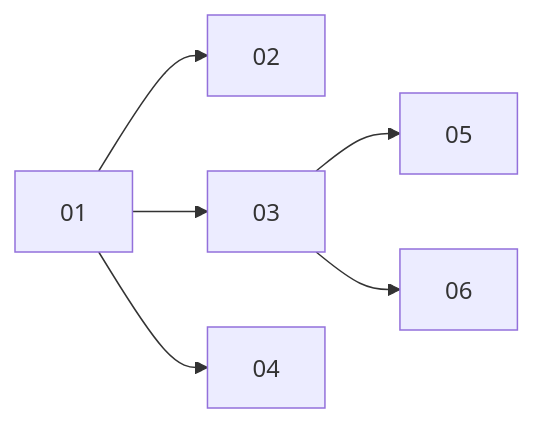
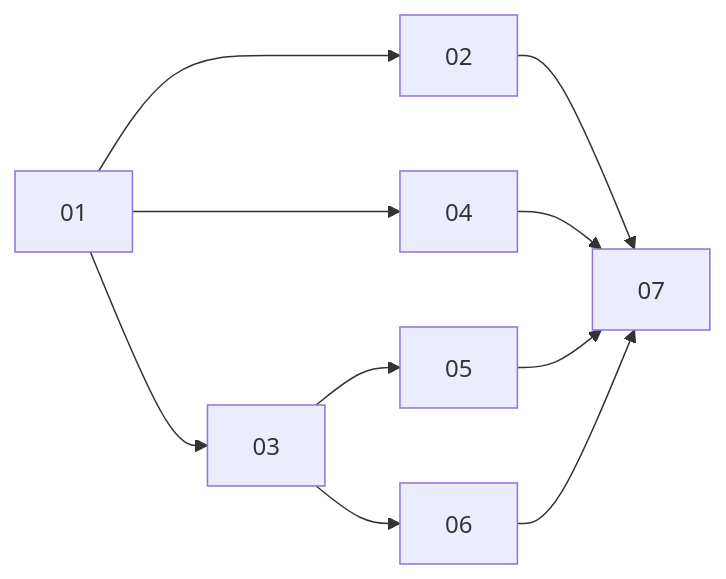
One commit to dam-agents/dam changed the diagram in docs/plan/3105-mid-turn-steering/README.md. Above: the diagram before and after it, drawn with Mermaid. The commit also changed other lines of this file and 9 other files, not shown here.

````diff
--- a/docs/plan/3105-mid-turn-steering/README.md
+++ b/docs/plan/3105-mid-turn-steering/README.md
@@ -104,8 +105,12 @@
 ```mermaid
 graph LR
   01 --> 02
   01 --> 03
   01 --> 04
   03 --> 05
   03 --> 06
+  02 --> 07
+  04 --> 07
+  05 --> 07
+  06 --> 07
 ```
````
